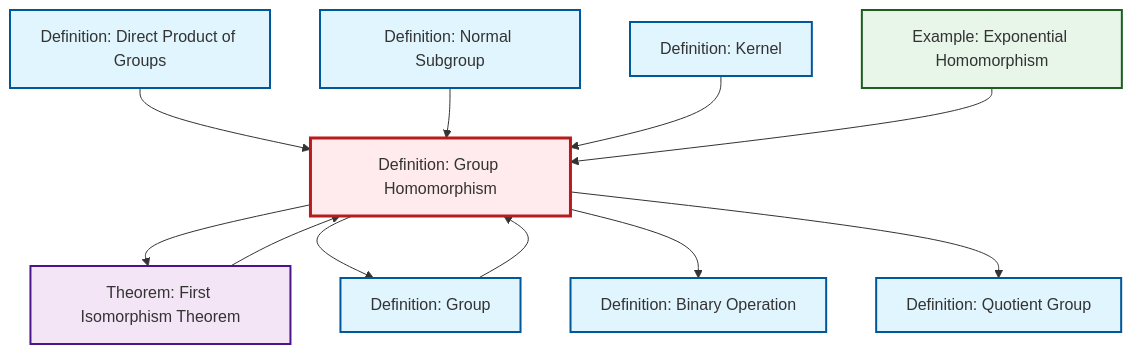
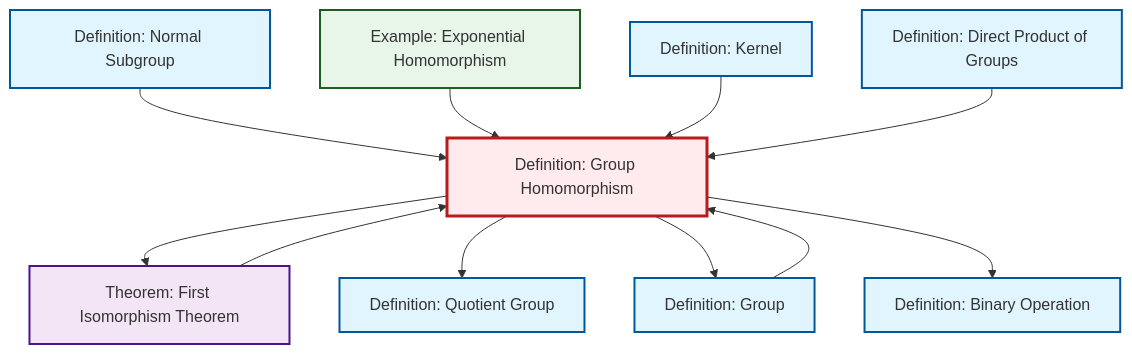
The diagram in content/en/algebra/def-homomorphism.qmd (RK0429/ModernMath), drawn with Mermaid before and after one commit. The commit also changed other lines of this file and 531 other files, not shown here.

````diff
--- a/content/en/algebra/def-homomorphism.qmd
+++ b/content/en/algebra/def-homomorphism.qmd
@@ -61,37 +61,37 @@
 ```{mermaid}
 %%| fig-cap: "Local dependency graph"
 graph TD
     classDef definition fill:#e1f5fe,stroke:#01579b,stroke-width:2px
     classDef theorem fill:#f3e5f5,stroke:#4a148c,stroke-width:2px
     classDef axiom fill:#fff3e0,stroke:#e65100,stroke-width:2px
     classDef example fill:#e8f5e9,stroke:#1b5e20,stroke-width:2px
     classDef current fill:#ffebee,stroke:#b71c1c,stroke-width:3px
+    def-kernel["Definition: Kernel"]:::definition
+    def-quotient-group["Definition: Quotient Group"]:::definition
+    thm-first-isomorphism["Theorem: First Isomorphism Theorem"]:::theorem
+    def-group["Definition: Group"]:::definition
     def-normal-subgroup["Definition: Normal Subgroup"]:::definition
-    thm-first-isomorphism["Theorem: First Isomorphism Theorem"]:::theorem
-    def-kernel["Definition: Kernel"]:::definition
-    def-homomorphism["Definition: Group Homomorphism"]:::definition
-    def-quotient-group["Definition: Quotient Group"]:::definition
     def-binary-operation["Definition: Binary Operation"]:::definition
     def-direct-product["Definition: Direct Product of Groups"]:::definition
-    def-group["Definition: Group"]:::definition
     ex-exponential-homomorphism["Example: Exponential Homomorphism"]:::example
+    def-homomorphism["Definition: Group Homomorphism"]:::definition
+    def-homomorphism --> thm-first-isomorphism
+    def-normal-subgroup --> def-homomorphism
+    def-group --> def-homomorphism
+    ex-exponential-homomorphism --> def-homomorphism
+    def-kernel --> def-homomorphism
+    def-direct-product --> def-homomorphism
     thm-first-isomorphism --> def-homomorphism
-    def-homomorphism --> thm-first-isomorphism
+    def-homomorphism --> def-quotient-group
     def-homomorphism --> def-group
-    def-direct-product --> def-homomorphism
-    def-group --> def-homomorphism
-    def-normal-subgroup --> def-homomorphism
     def-homomorphism --> def-binary-operation
-    def-kernel --> def-homomorphism
-    ex-exponential-homomorphism --> def-homomorphism
-    def-homomorphism --> def-quotient-group
     class def-homomorphism current
-    click def-normal-subgroup "def-normal-subgroup.html" "Go to Normal Subgroup definition"
-    click thm-first-isomorphism "thm-first-isomorphism.html" "Go to First Isomorphism Theorem theorem"
     click def-kernel "def-kernel.html" "Go to Kernel definition"
     click def-quotient-group "def-quotient-group.html" "Go to Quotient Group definition"
+    click thm-first-isomorphism "thm-first-isomorphism.html" "Go to First Isomorphism Theorem theorem"
+    click def-group "def-group.html" "Go to Group definition"
+    click def-normal-subgroup "def-normal-subgroup.html" "Go to Normal Subgroup definition"
     click def-binary-operation "def-binary-operation.html" "Go to Binary Operation definition"
     click def-direct-product "def-direct-product.html" "Go to Direct Product of Groups definition"
-    click def-group "def-group.html" "Go to Group definition"
     click ex-exponential-homomorphism "ex-exponential-homomorphism.html" "Go to Exponential Homomorphism example"
 ```
````
